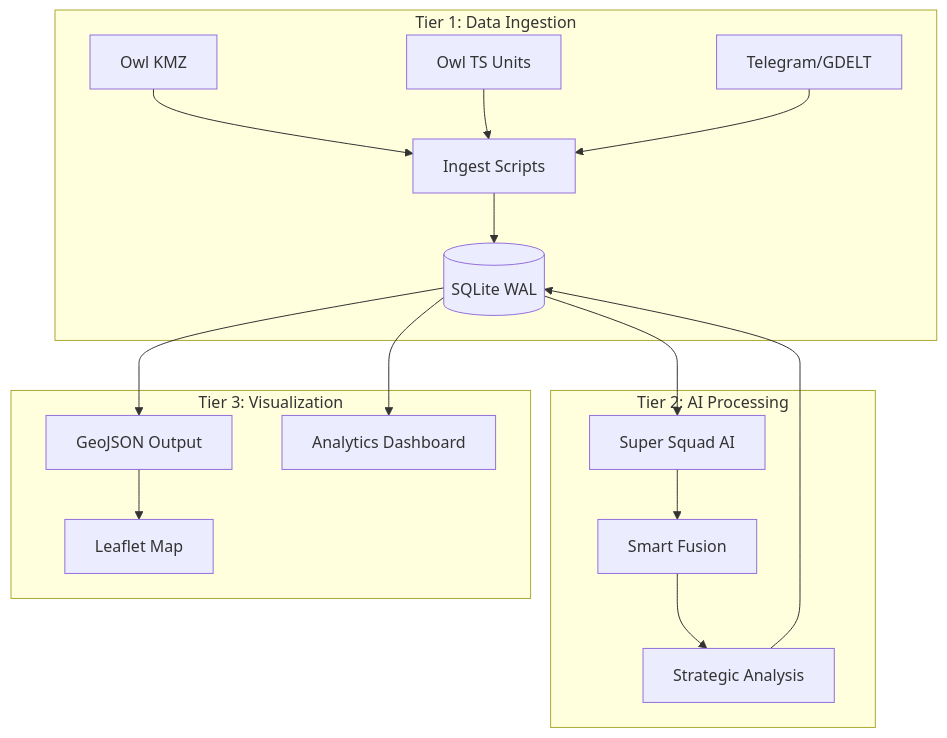
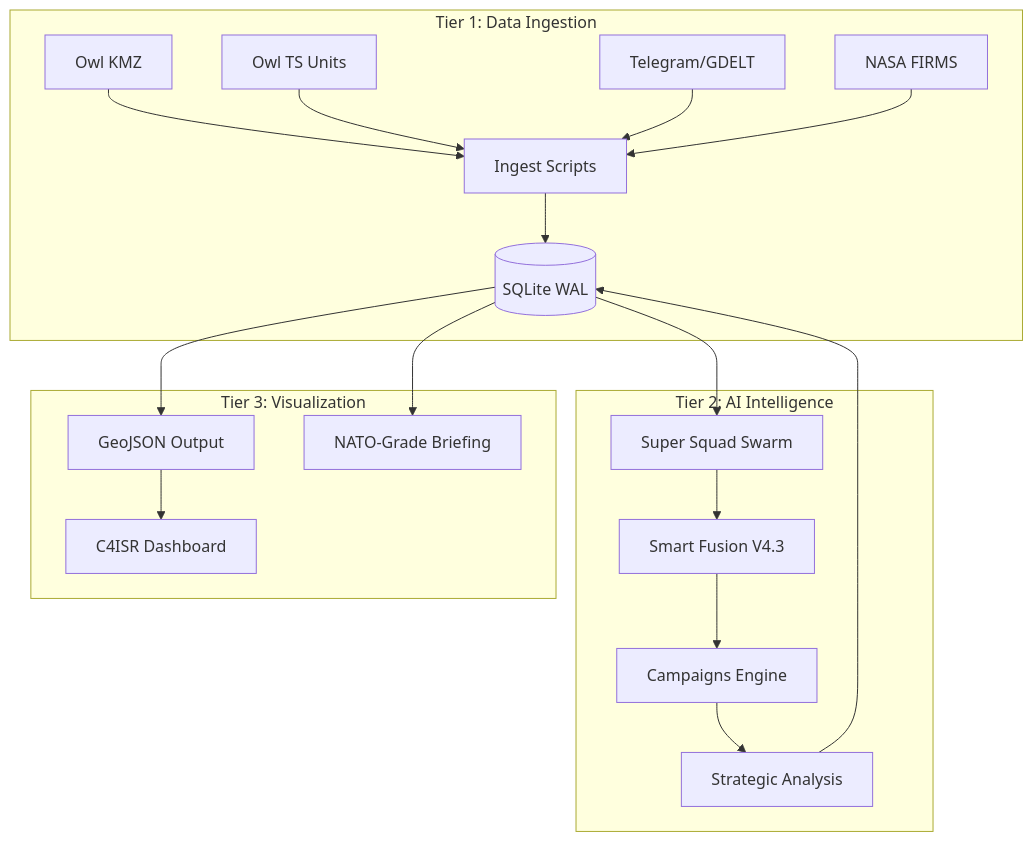
The first of 2 diagrams in technical-specification.md (Osint-tracker/impact-atlas), drawn with Mermaid before and after one commit. The commit also changed other lines of this file and 8 other files, not shown here.

````diff
--- a/technical-specification.md
+++ b/technical-specification.md
@@ -103,22 +104,24 @@
 ```mermaid
 graph TD
     subgraph Tier 1: Data Ingestion
     A[Owl KMZ] --> Ingest[Ingest Scripts]
     B[Owl TS Units] --> Ingest
     C[Telegram/GDELT] --> Ingest
+    D[NASA FIRMS] --> Ingest
     Ingest --> DB[(SQLite WAL)]
     end
 
-    subgraph Tier 2: AI Processing
-    DB --> Pipeline[Super Squad AI]
-    Pipeline --> Fusion[Smart Fusion]
-    Fusion --> Analysis[Strategic Analysis]
+    subgraph Tier 2: AI Intelligence
+    DB --> Pipeline[Super Squad Swarm]
+    Pipeline --> Fusion[Smart Fusion V4.3]
+    Fusion --> Campaigns[Campaigns Engine]
+    Campaigns --> Analysis[Strategic Analysis]
     Analysis --> DB
     end
 
     subgraph Tier 3: Visualization
     DB --> GeoJSON[GeoJSON Output]
-    GeoJSON --> Leaflet[Leaflet Map]
-    DB --> Dashboard[Analytics Dashboard]
+    GeoJSON --> Leaflet[C4ISR Dashboard]
+    DB --> Report[NATO-Grade Briefing]
     end
 ```
````
